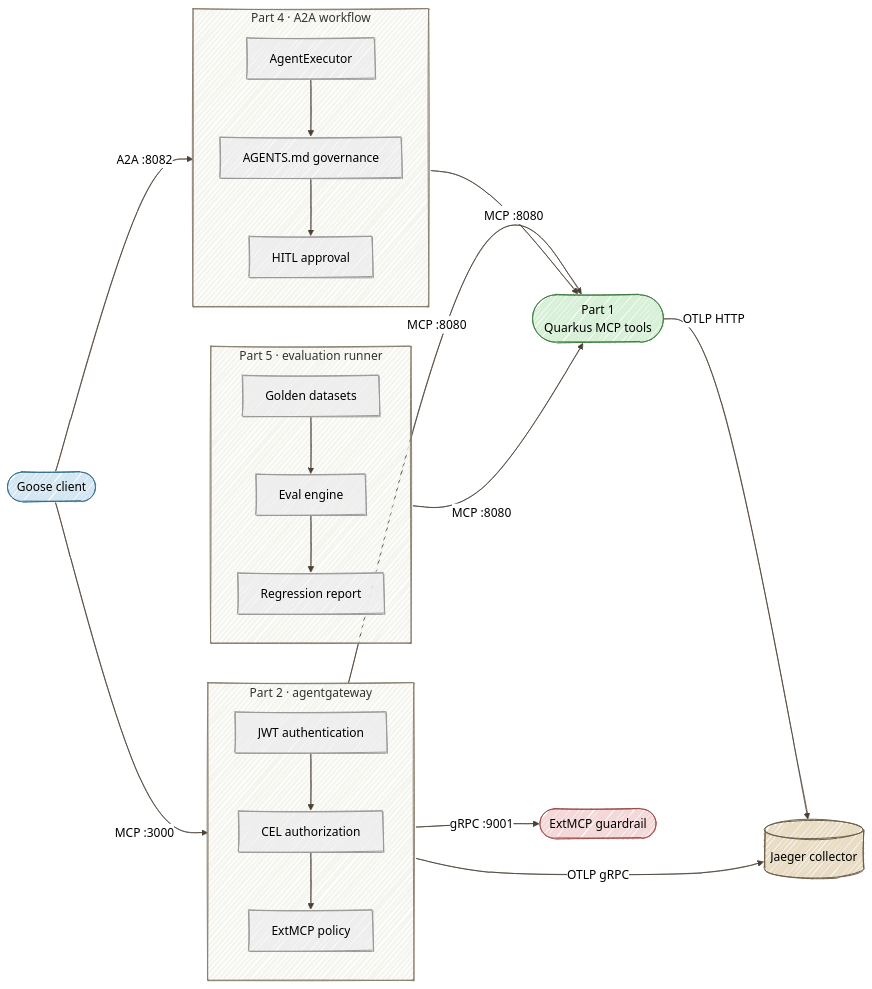
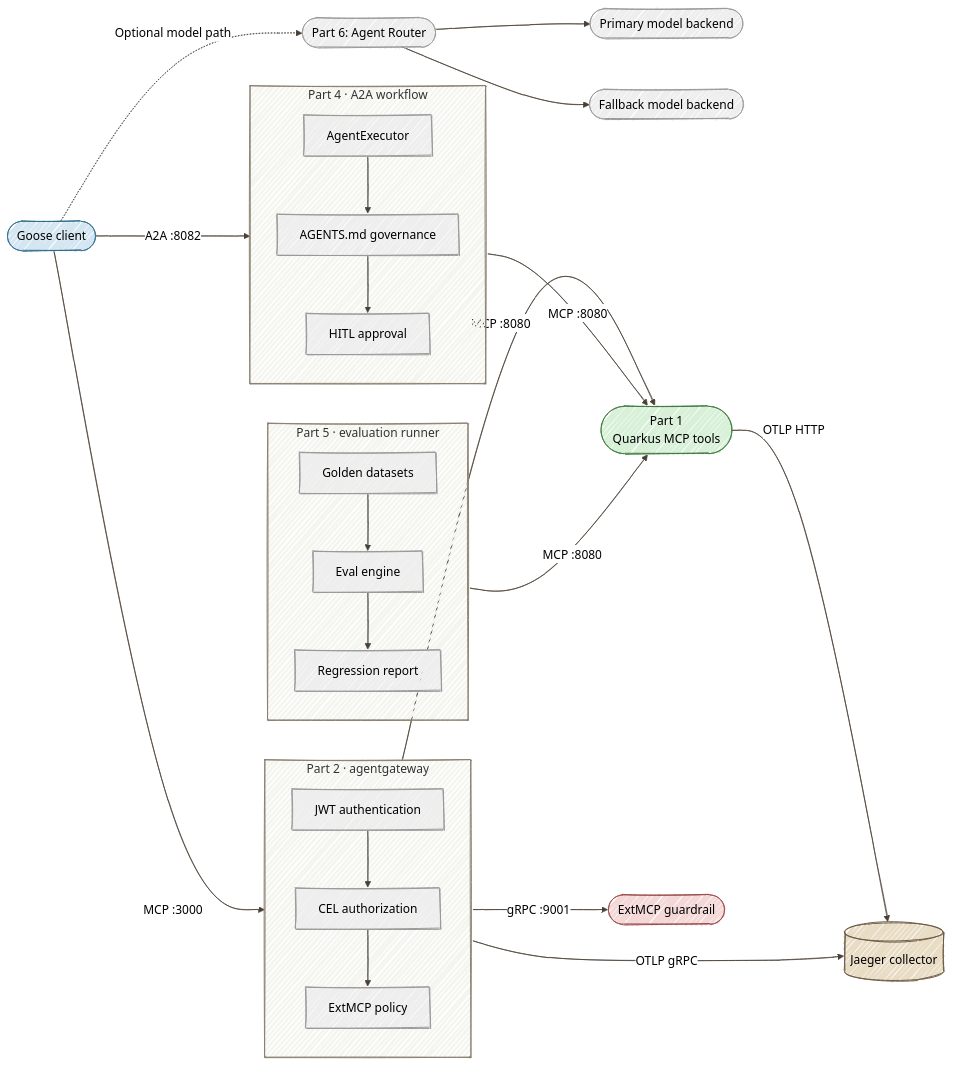
One commit to danieloh30/governed-agent-platform changed the diagram in README.md. Above: the diagram before and after it, drawn with Mermaid. The commit also changed other lines of this file and 17 other files, not shown here.

Commit message:
Add optional Agent Router routing and failover tutorial

````diff
--- a/README.md
+++ b/README.md
@@ -57,41 +59,44 @@
 ```mermaid
 %%{init: {'look':'handDrawn','theme':'neutral','themeVariables': {'lineColor':'#4A4035'}}}%%
 flowchart LR
     G([Goose client]) -->|MCP :3000| AG
+    G -.->|Optional model path| AR([Part 6: Agent Router])
+    AR --> PRIMARY([Primary model backend])
+    AR --> FALLBACK([Fallback model backend])
     G -->|A2A :8082| FLOW
     AG -->|MCP :8080| MCP([Part 1<br/>Quarkus MCP tools])
     AG -->|gRPC :9001| GR([ExtMCP guardrail])
     FLOW -->|MCP :8080| MCP
     EVAL -->|MCP :8080| MCP
     AG -->|OTLP gRPC| J[(Jaeger collector)]
     MCP -->|OTLP HTTP| J
 
     subgraph AG[Part 2 · agentgateway]
         AUTH[JWT authentication]
         RBAC[CEL authorization]
         GUARD[ExtMCP policy]
         AUTH --> RBAC --> GUARD
     end
 
     subgraph FLOW[Part 4 · A2A workflow]
         EXEC[AgentExecutor]
         GOV[AGENTS.md governance]
         HITL[HITL approval]
         EXEC --> GOV --> HITL
     end
 
     subgraph EVAL[Part 5 · evaluation runner]
         DATA[Golden datasets]
         RUN[Eval engine]
         REPORT[Regression report]
         DATA --> RUN --> REPORT
     end
 
     style G fill:#D4E6F1,stroke:#2E6B8A
     style AG fill:#F5F5F0,stroke:#8B8070
     style FLOW fill:#F5F5F0,stroke:#8B8070
     style EVAL fill:#F5F5F0,stroke:#8B8070
     style MCP fill:#D8F0D8,stroke:#3D7A3D
     style GR fill:#F4D7D7,stroke:#9A4A4A
     style J fill:#E8DCC4,stroke:#6B5B45
 ```
````
